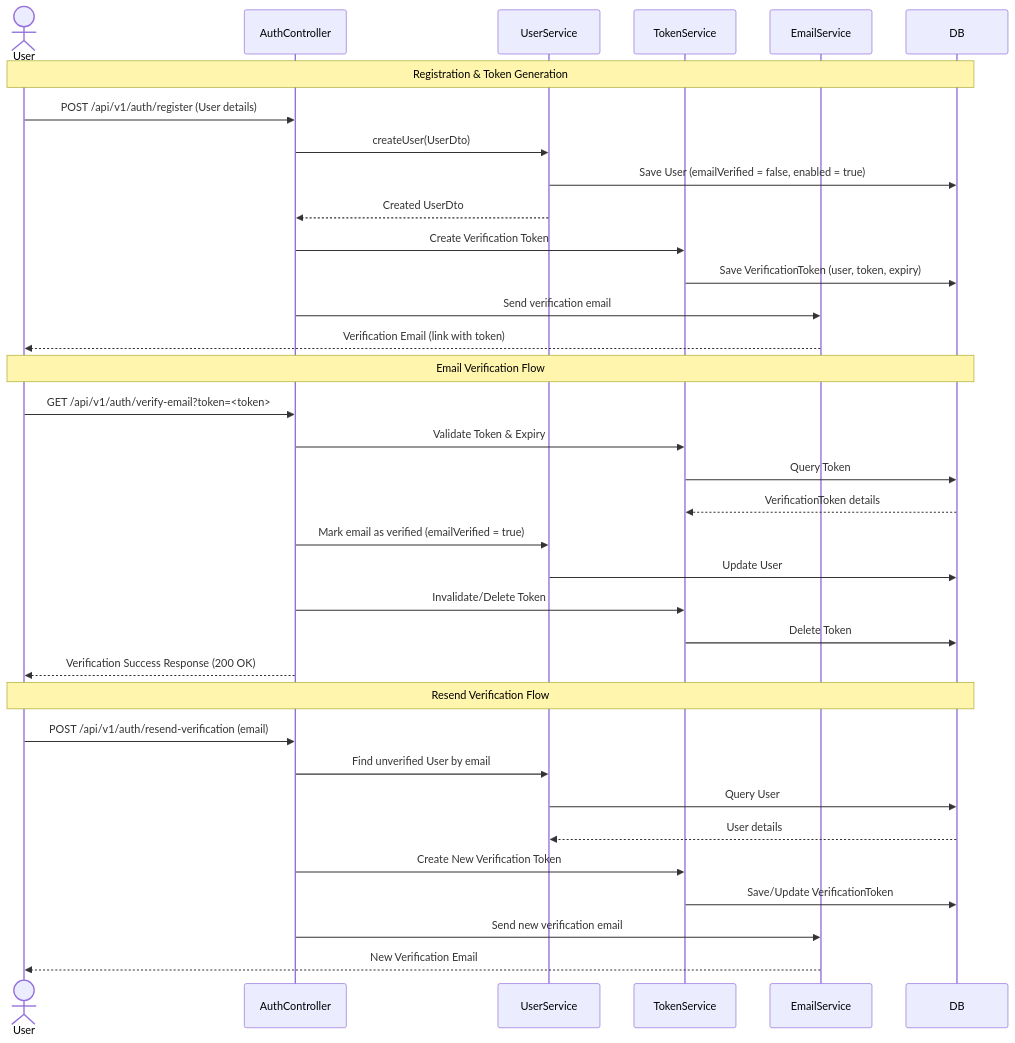
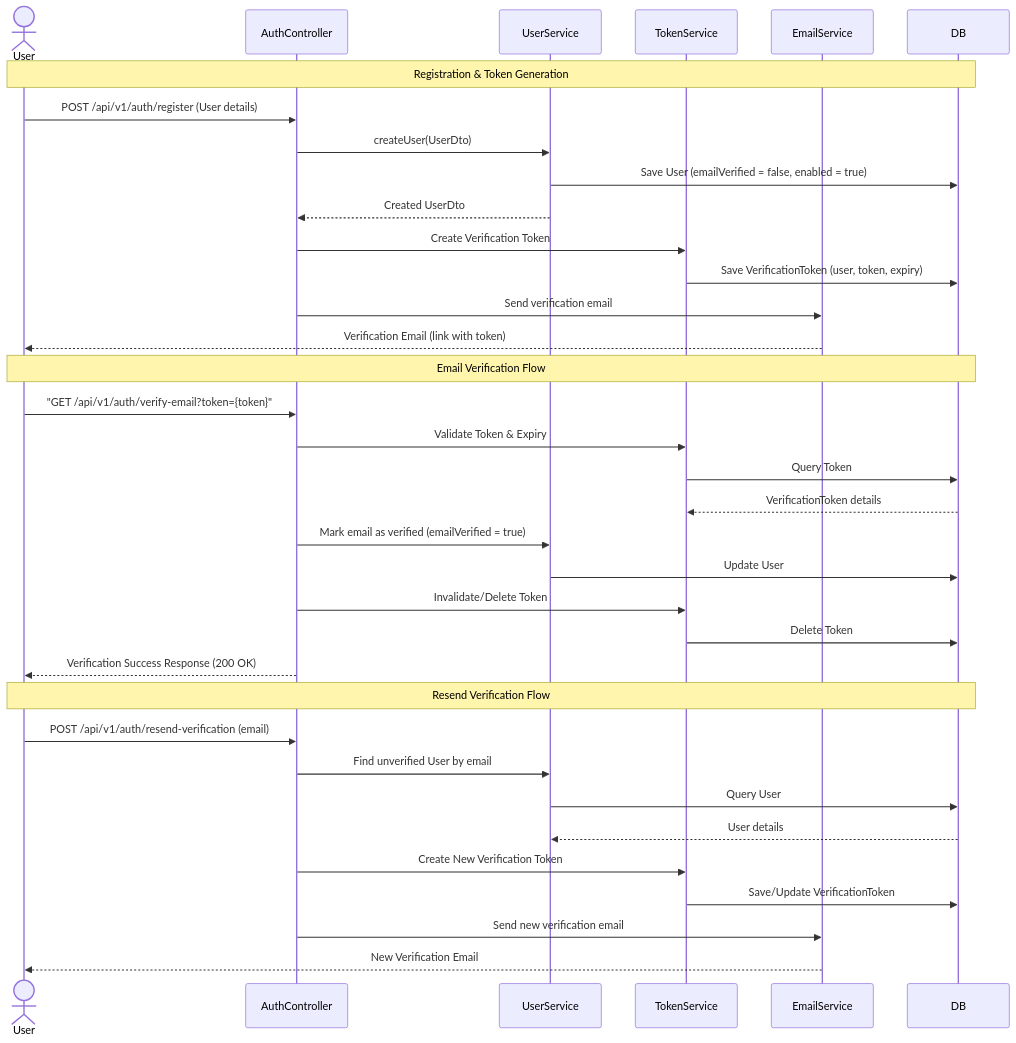
Before and after one commit to Sourabh-Chauhan/spring_core_services: the diagram in auth-service/markdowns/email_verification_design_plan.md, drawn with Mermaid. The commit also changed 2 other files, not shown here.

Commit message:
fix: markdown mermaid fix

````diff
--- a/auth-service/markdowns/email_verification_design_plan.md
+++ b/auth-service/markdowns/email_verification_design_plan.md
@@ -9,40 +9,40 @@
 ```mermaid
 sequenceDiagram
     actor User
     participant AuthController
     participant UserService
     participant TokenService
     participant EmailService
     participant DB
 
     Note over User, DB: Registration & Token Generation
     User->>AuthController: POST /api/v1/auth/register (User details)
     AuthController->>UserService: createUser(UserDto)
     UserService->>DB: Save User (emailVerified = false, enabled = true)
     UserService-->>AuthController: Created UserDto
     AuthController->>TokenService: Create Verification Token
     TokenService->>DB: Save VerificationToken (user, token, expiry)
     AuthController->>EmailService: Send verification email
     EmailService-->>User: Verification Email (link with token)
 
     Note over User, DB: Email Verification Flow
-    User->>AuthController: GET /api/v1/auth/verify-email?token=<token>
+    User->>AuthController: "GET /api/v1/auth/verify-email?token={token}"
     AuthController->>TokenService: Validate Token & Expiry
     TokenService->>DB: Query Token
     DB-->>TokenService: VerificationToken details
     AuthController->>UserService: Mark email as verified (emailVerified = true)
     UserService->>DB: Update User
     AuthController->>TokenService: Invalidate/Delete Token
     TokenService->>DB: Delete Token
     AuthController-->>User: Verification Success Response (200 OK)
 
     Note over User, DB: Resend Verification Flow
     User->>AuthController: POST /api/v1/auth/resend-verification (email)
     AuthController->>UserService: Find unverified User by email
     UserService->>DB: Query User
     DB-->>UserService: User details
     AuthController->>TokenService: Create New Verification Token
     TokenService->>DB: Save/Update VerificationToken
     AuthController->>EmailService: Send new verification email
     EmailService-->>User: New Verification Email
 ```
````
